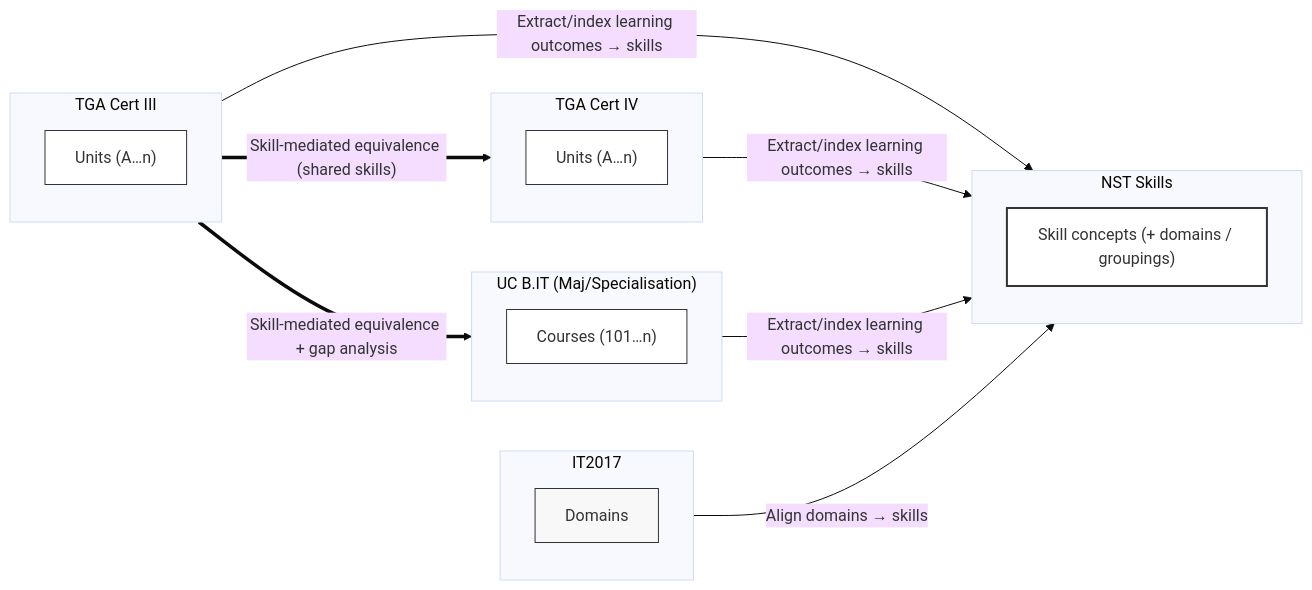
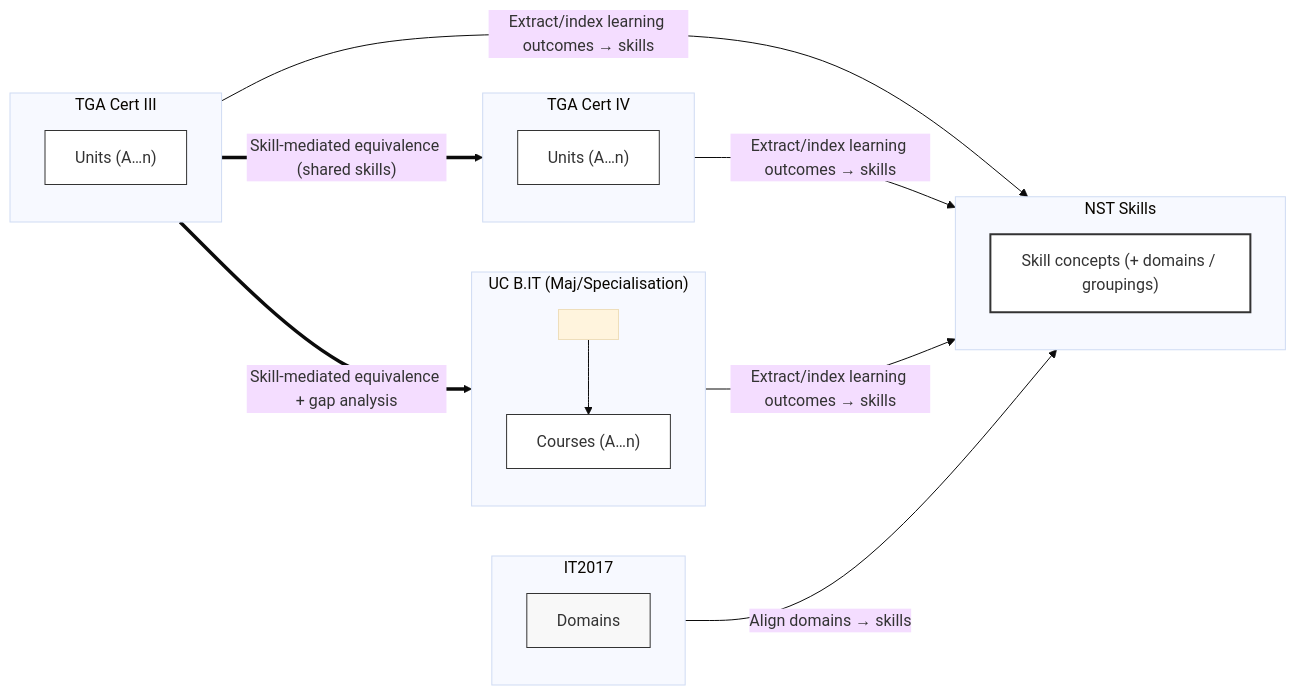
The third of 3 diagrams in reports/creditTransferModels.md (leskneebone/skills-SPARQL), drawn with Mermaid (base theme) before and after one commit.

````diff
--- a/reports/creditTransferModels.md
+++ b/reports/creditTransferModels.md
@@ -87,37 +87,39 @@
 ```mermaid
 flowchart LR
   %% Diagram 3 — NST Skills as bridge (indexes VET + HE + IT2017)
   subgraph CertIII["TGA Cert III"]
     C3["Units (A…n)"]:::unit
   end
 
   subgraph CertIV["TGA Cert IV"]
     C4["Units (A…n)"]:::unit
   end
 
-  subgraph UCBIT["UC B.IT (Maj/Specialisation)"]
-    UC["Courses (101…n)"]:::unit
+ subgraph UCBIT["UC B.IT (Maj/Specialisation)"]
+    spacer[" "]:::spacer
+    UC["Courses (A…n)"]:::unit
+    spacer --> UC
   end
 
   subgraph IT2017["IT2017"]
     KA["Domains"]:::scheme
   end
 
   subgraph NST["NST Skills"]
     Skills["Skill concepts (+ domains / groupings)"]:::hero
   end
 
   %% NST indexes everything
   CertIII -->|"Extract/index learning outcomes → skills"| NST
   CertIV  -->|"Extract/index learning outcomes → skills"| NST
   UCBIT  -->|"Extract/index learning outcomes → skills"| NST
   IT2017 -->|"Align domains → skills"| NST
 
   %% Credit transfer becomes skill-mediated
   CertIII == "Skill-mediated equivalence + gap analysis" ==> UCBIT
   CertIII == "Skill-mediated equivalence (shared skills)" ==> CertIV
 
   classDef unit fill:#fff,stroke:#333,stroke-width:1px;
   classDef scheme fill:#f8f8f8,stroke:#333,stroke-width:1px;
   classDef hero fill:#fff,stroke:#333,stroke-width:2px;
 ```
````
